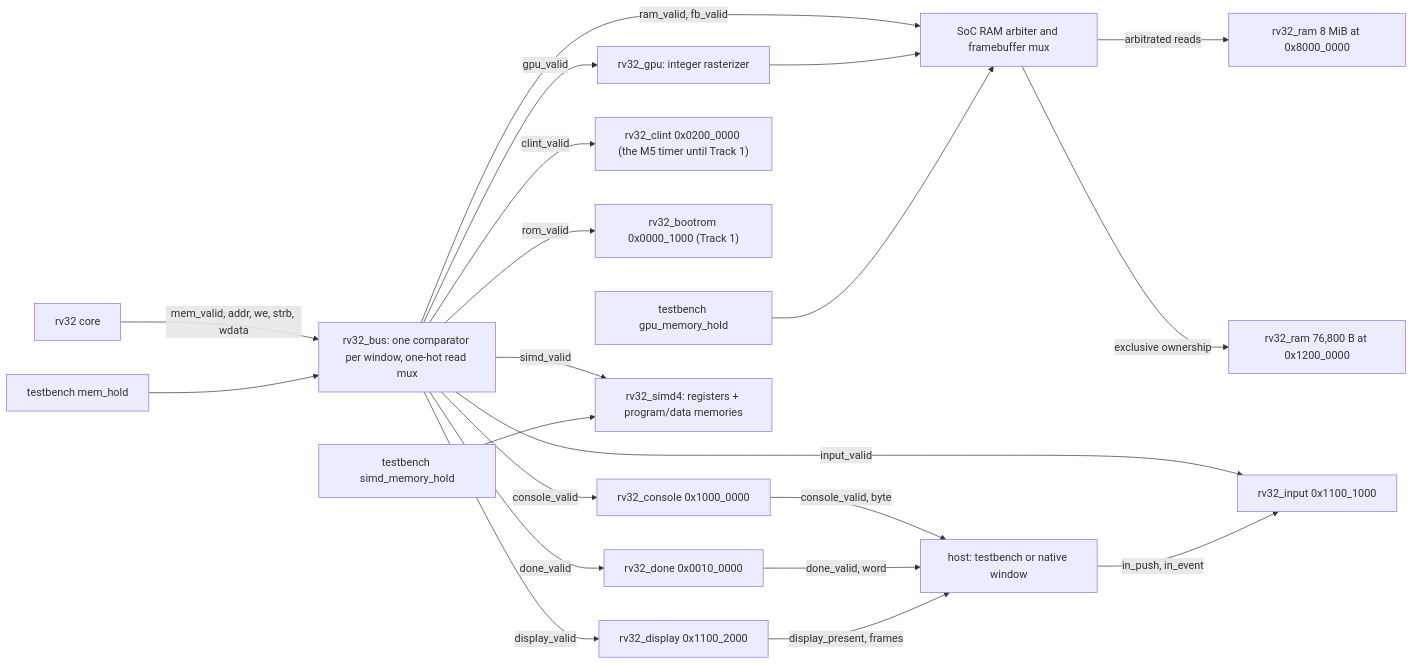
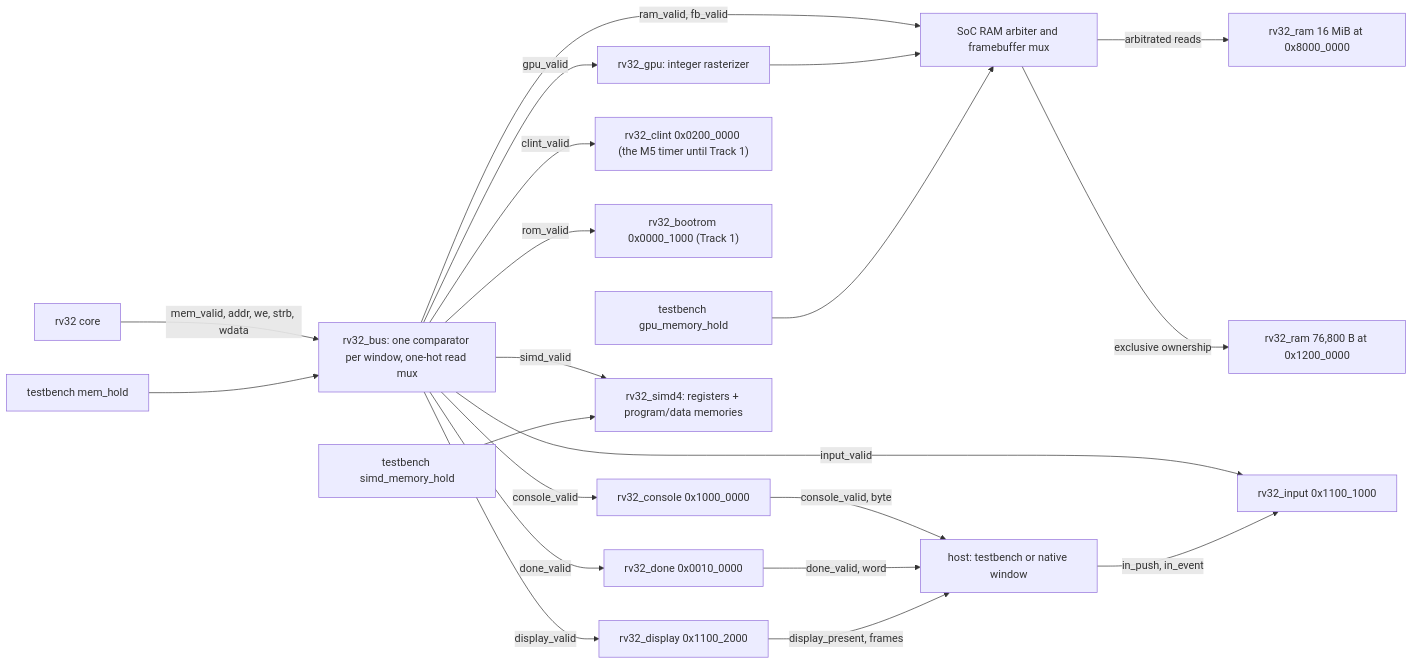
One commit to ahmad-luqman/tiny-processors changed the diagram in docs/rv32-soc.md. Above: the diagram before and after it, drawn with Mermaid. The commit also changed other lines of this file and 72 other files, not shown here.

````diff
--- a/docs/rv32-soc.md
+++ b/docs/rv32-soc.md
@@ -18,23 +18,23 @@
 ```mermaid
 flowchart LR
     CORE["rv32 core"] -->|"mem_valid, addr, we, strb, wdata"| BUS["rv32_bus: one comparator per window, one-hot read mux"]
     HOLD["testbench mem_hold"] --> BUS
     BUS -->|"ram_valid, fb_valid"| MUX
     BUS -->|console_valid| CON["rv32_console 0x1000_0000"]
     BUS -->|done_valid| DONE["rv32_done 0x0010_0000"]
     BUS -->|clint_valid| TIMER["rv32_clint 0x0200_0000 (the M5 timer until Track 1)"]
     BUS -->|rom_valid| ROM["rv32_bootrom 0x0000_1000 (Track 1)"]
     BUS -->|input_valid| IN["rv32_input 0x1100_1000"]
     BUS -->|display_valid| DISP["rv32_display 0x1100_2000"]
     BUS -->|simd_valid| SIMD["rv32_simd4: registers + program/data memories"]
     BUS -->|gpu_valid| GPU["rv32_gpu: integer rasterizer"]
     GPU --> MUX["SoC RAM arbiter and framebuffer mux"]
-    MUX -->|"arbitrated reads"| RAM["rv32_ram 8 MiB at 0x8000_0000"]
+    MUX -->|"arbitrated reads"| RAM["rv32_ram 16 MiB at 0x8000_0000"]
     MUX -->|"exclusive ownership"| FB["rv32_ram 76,800 B at 0x1200_0000"]
     GPU_HOLD["testbench gpu_memory_hold"] --> MUX
     SIMD_HOLD["testbench simd_memory_hold"] --> SIMD
     CON -->|"console_valid, byte"| HOST["host: testbench or native window"]
     DONE -->|"done_valid, word"| HOST
     DISP -->|"display_present, frames"| HOST
     HOST -->|"in_push, in_event"| IN
 ```
````
